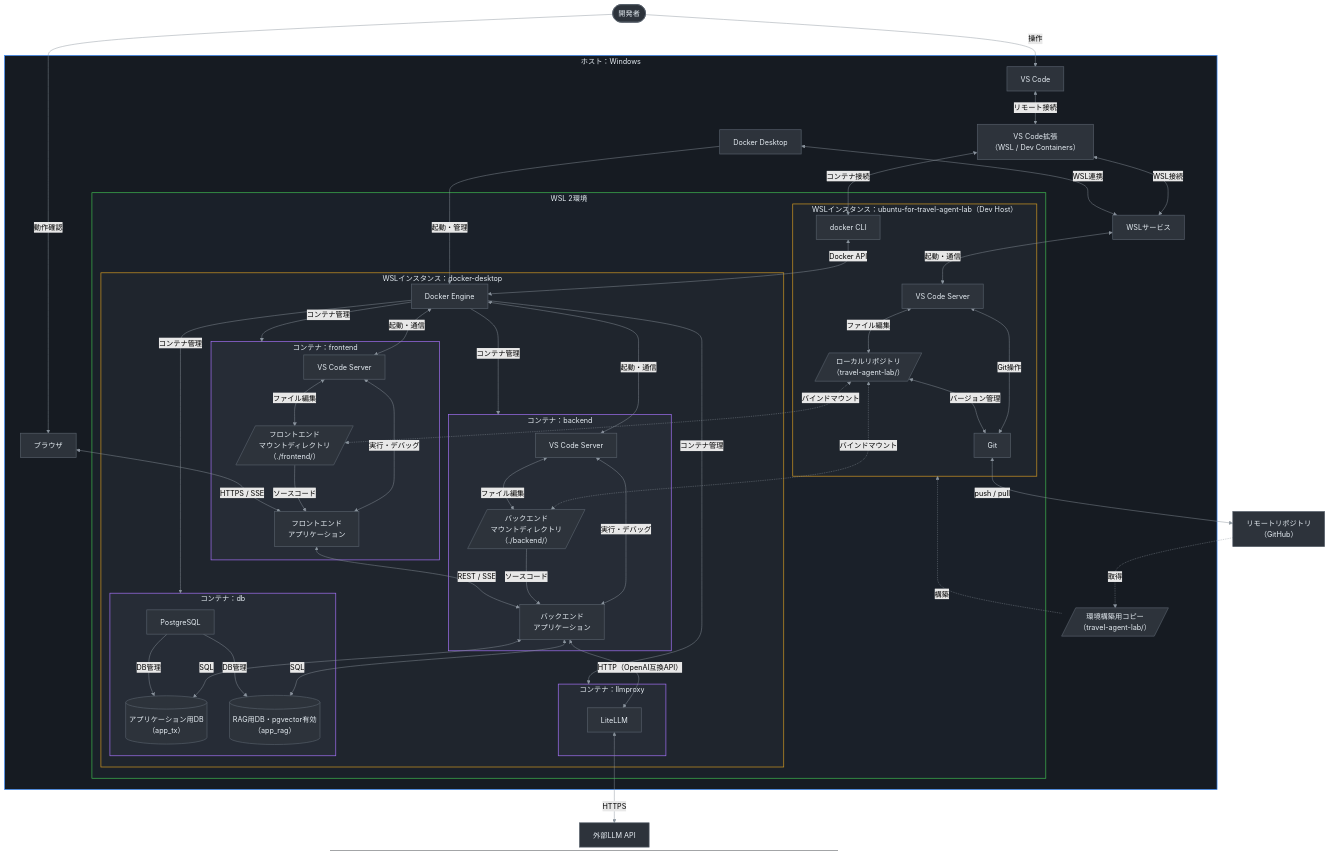
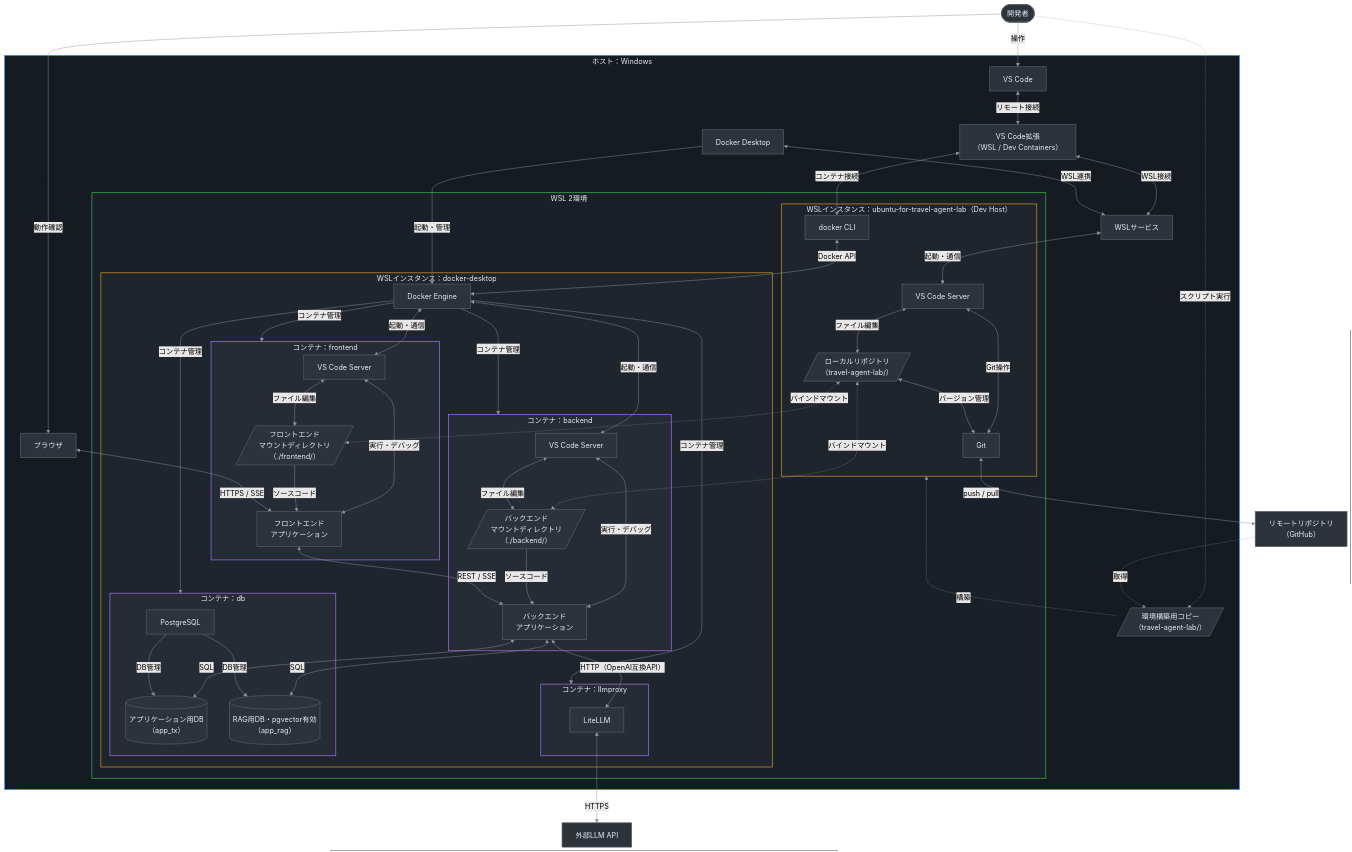
The diagram in docs/design/development-environment.md (d-saitou/travel-agent-lab), drawn with Mermaid (forest theme) before and after one commit.

Commit message:
docs: ドキュメント類更新

```diff
--- a/docs/design/development-environment.md
+++ b/docs/design/development-environment.md
@@ -56,6 +56,7 @@
   %% 開発者
   Dev -->|"操作"| VSCodeUI
   Dev -->|"動作確認"| Browser
+  Dev -.->|"スクリプト実行"| Bootstrap
 
   %% ホスト・各環境の接続
   VSCodeUI <-->|"リモート接続"| VSCodeExt
```
